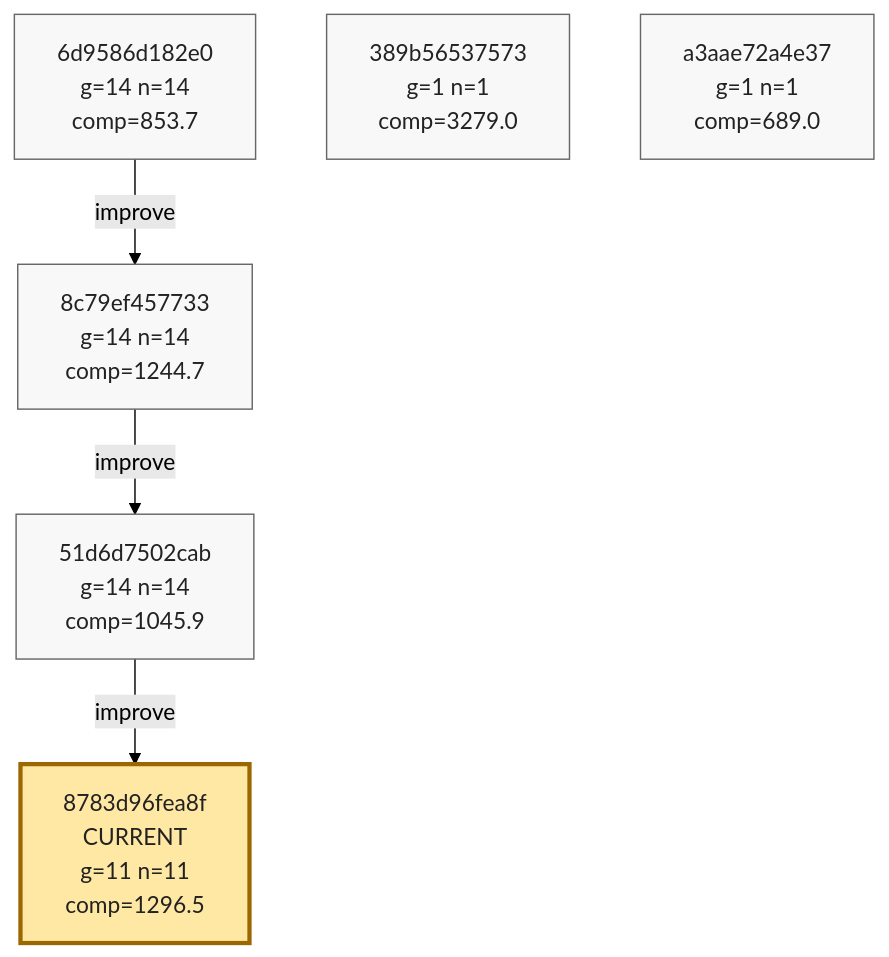
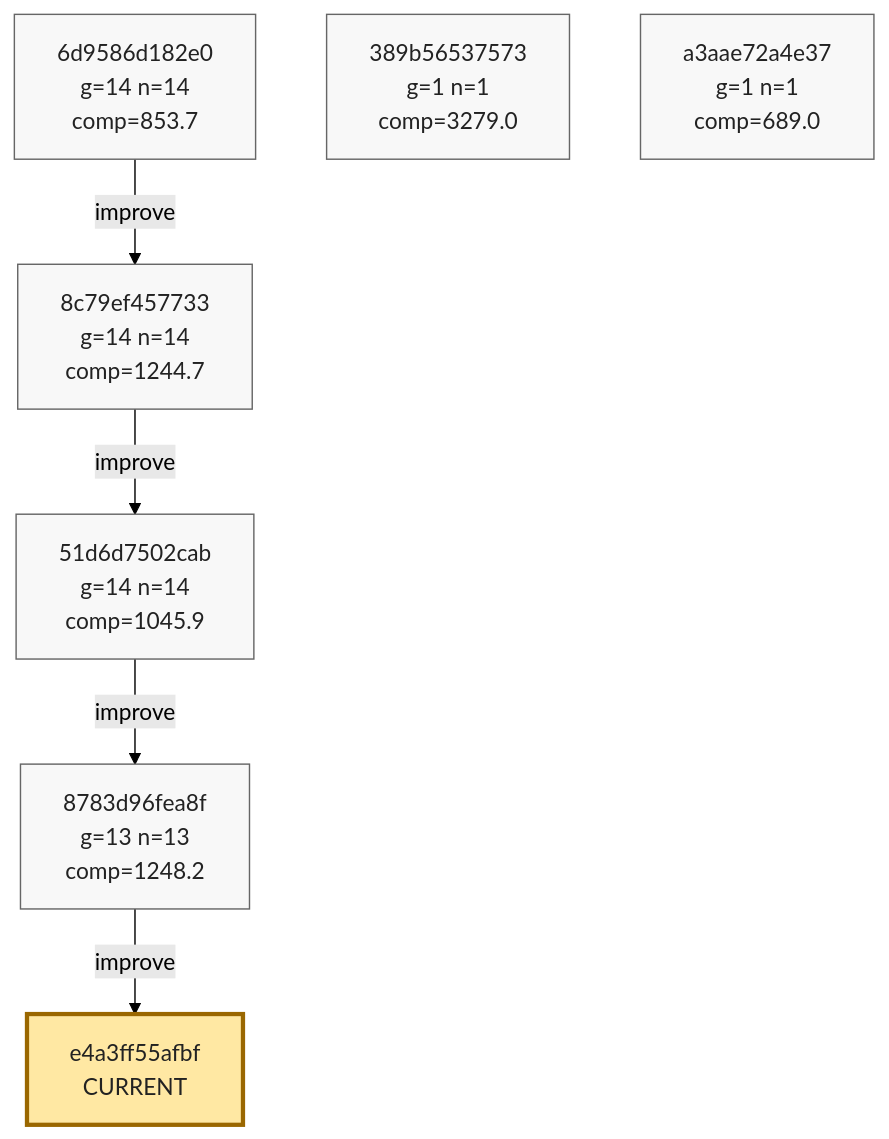
Before and after one commit to azumag/soviet_now: the eighth of 8 diagrams in phyrogenetic-tree.md, drawn with Mermaid (forest theme). The commit also changed other lines of this file and 1 other file, not shown here.

Commit message:
eloop Improve after 12 games (scores: 1326 1255 760 1585 2012 1152 1425 1380 1936 1568 420 1176)

````diff
--- a/phyrogenetic-tree.md
+++ b/phyrogenetic-tree.md
@@ -1942,25 +1942,28 @@
 ```mermaid
 flowchart TD
     h_6d9586d182e0["6d9586d182e0<br/>g=14 n=14<br/>comp=853.7"]
     h_8c79ef457733["8c79ef457733<br/>g=14 n=14<br/>comp=1244.7"]
     h_51d6d7502cab["51d6d7502cab<br/>g=14 n=14<br/>comp=1045.9"]
-    h_8783d96fea8f["8783d96fea8f<br/>CURRENT<br/>g=11 n=11<br/>comp=1296.5"]
+    h_8783d96fea8f["8783d96fea8f<br/>g=13 n=13<br/>comp=1248.2"]
     h_389b56537573["389b56537573<br/>g=1 n=1<br/>comp=3279.0"]
     h_a3aae72a4e37["a3aae72a4e37<br/>g=1 n=1<br/>comp=689.0"]
+    h_e4a3ff55afbf["e4a3ff55afbf<br/>CURRENT"]
 
     h_6d9586d182e0 -->|improve| h_8c79ef457733
     h_8c79ef457733 -->|improve| h_51d6d7502cab
     h_51d6d7502cab -->|improve| h_8783d96fea8f
+    h_8783d96fea8f -->|improve| h_e4a3ff55afbf
 
     classDef plain fill:#f8f8f8,stroke:#666,stroke-width:1px,color:#222;
     classDef current fill:#ffe8a3,stroke:#9a6700,stroke-width:3px,color:#222;
     classDef anchor fill:#d7f5dd,stroke:#1f6f43,stroke-width:3px,color:#222;
     classDef current_anchor fill:#f3e4a8,stroke:#1f6f43,stroke-width:4px,color:#222;
 
     class h_6d9586d182e0 plain;
     class h_8c79ef457733 plain;
     class h_51d6d7502cab plain;
-    class h_8783d96fea8f current;
+    class h_8783d96fea8f plain;
     class h_389b56537573 plain;
     class h_a3aae72a4e37 plain;
+    class h_e4a3ff55afbf current;
 ```
````
